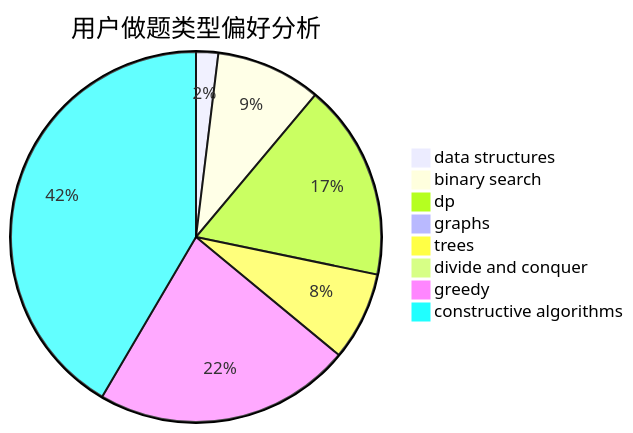
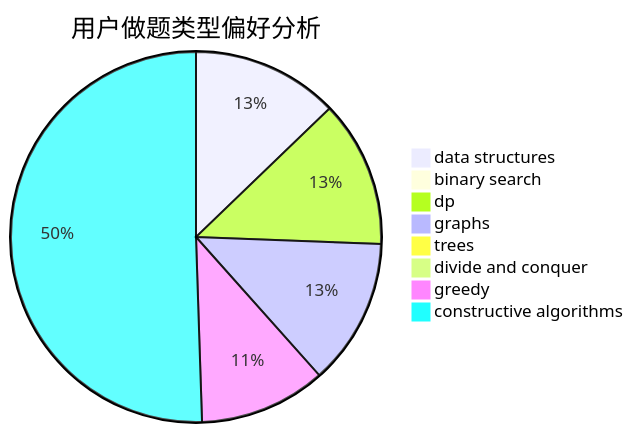
One commit to sherpahu/cfrs.github.io changed the second of 3 diagrams in docs/user/u1041.md. Above: the diagram before and after it, drawn with Mermaid. The commit also changed other lines of this file and 2770 other files, not shown here.

````diff
--- a/docs/user/u1041.md
+++ b/docs/user/u1041.md
@@ -23,11 +23,11 @@
 ```mermaid
 pie title 用户做题类型偏好分析
-    "data structures" :  8
-    "binary search" :  38
-    "dp" :  71
-    "graphs" :  0
-    "trees" :  32
+    "data structures" :  37
+    "binary search" :  0
+    "dp" :  37
+    "graphs" :  37
+    "trees" :  1
     "divide and conquer" :  0
-    "greedy" :  93
-    "constructive algorithms" :  172
+    "greedy" :  32
+    "constructive algorithms" :  146
 ```
````
